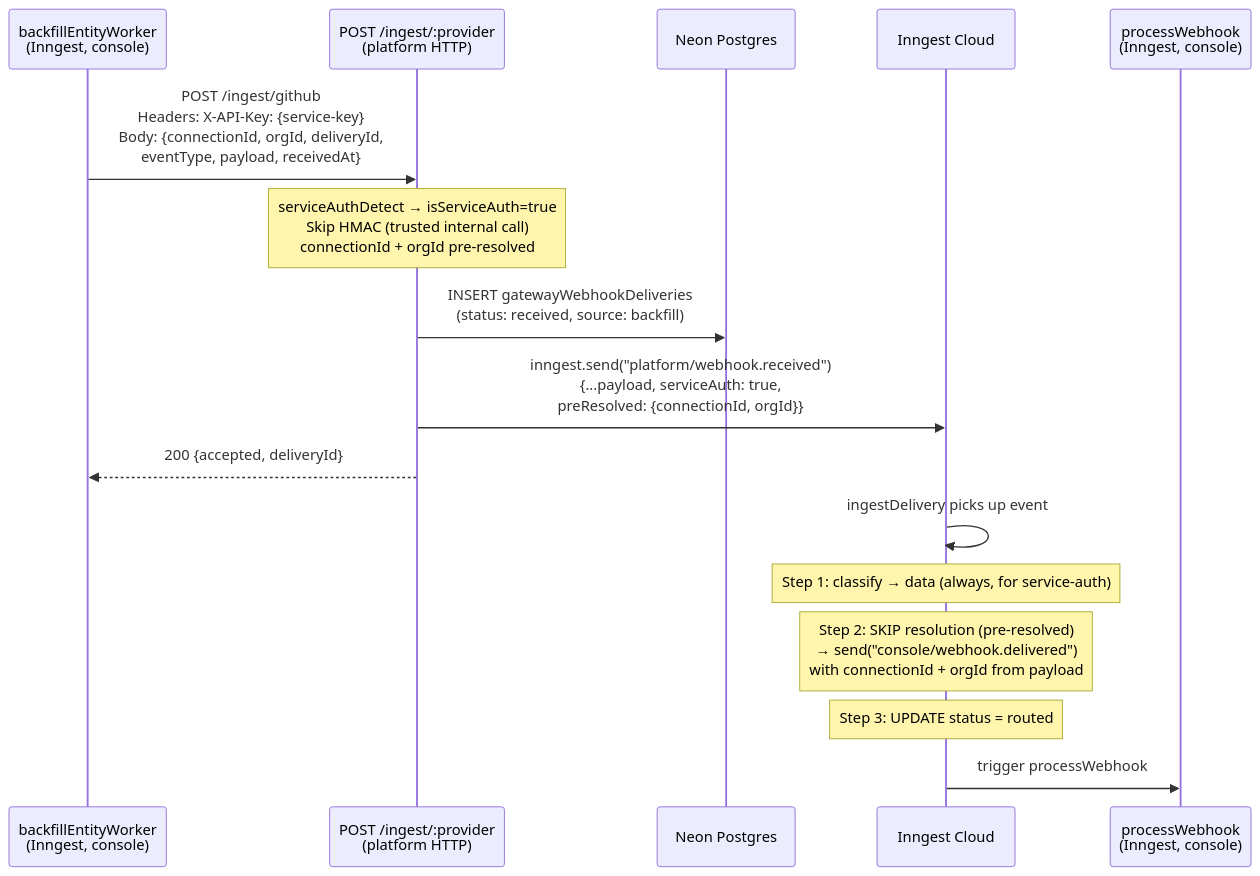
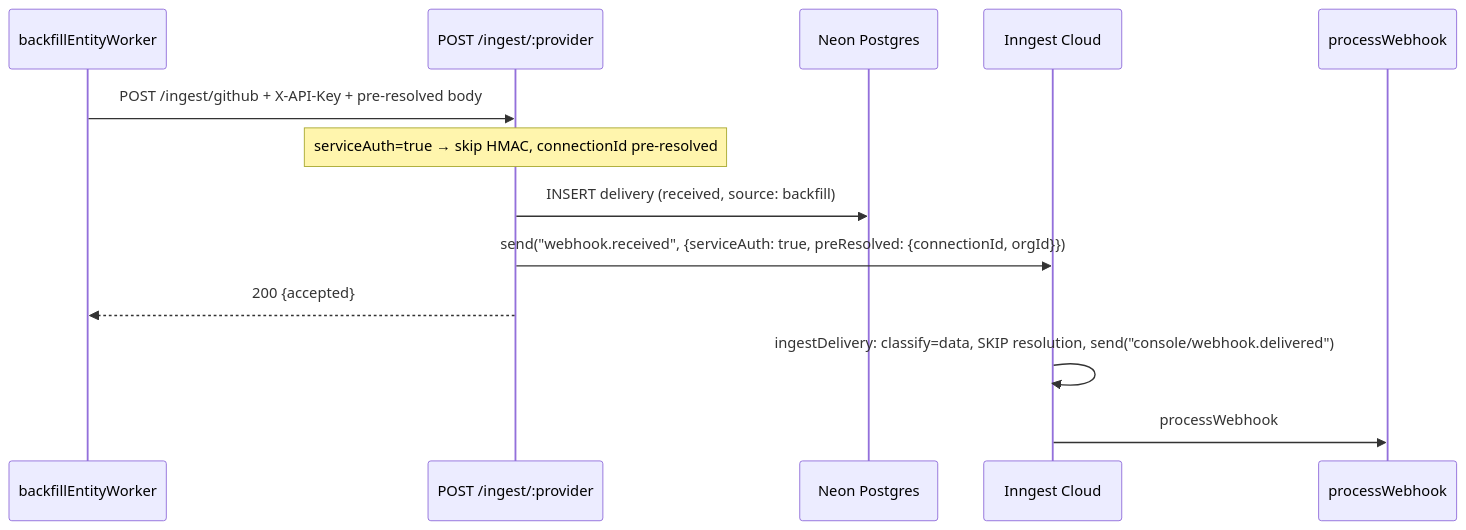
One commit to lightfastai/lightfast changed the seventh of 8 diagrams in thoughts/shared/plans/2026-03-18-platform-architecture-redesign.md. Above: the diagram before and after it, drawn with Mermaid. The commit also changed other lines of this file, not shown here.

First line of the commit message:
docs(thoughts): rework platform architecture plan — gate-first, health-aware, zero-race

````diff
--- a/thoughts/shared/plans/2026-03-18-platform-architecture-redesign.md
+++ b/thoughts/shared/plans/2026-03-18-platform-architecture-redesign.md
@@ -502,26 +601,17 @@
 ```mermaid
 sequenceDiagram
-    participant WORKER as backfillEntityWorker<br/>(Inngest, console)
-    participant PLAT as POST /ingest/:provider<br/>(platform HTTP)
+    participant WORKER as backfillEntityWorker
+    participant PLAT as POST /ingest/:provider
     participant DB as Neon Postgres
     participant INN as Inngest Cloud
-    participant CONSOLE as processWebhook<br/>(Inngest, console)
+    participant CONSOLE as processWebhook
 
-    WORKER->>PLAT: POST /ingest/github<br/>Headers: X-API-Key: {service-key}<br/>Body: {connectionId, orgId, deliveryId,<br/>eventType, payload, receivedAt}
+    WORKER->>PLAT: POST /ingest/github + X-API-Key + pre-resolved body
+    Note over PLAT: serviceAuth=true → skip HMAC, connectionId pre-resolved
+    PLAT->>DB: INSERT delivery (received, source: backfill)
+    PLAT->>INN: send("webhook.received", {serviceAuth: true, preResolved: {connectionId, orgId}})
+    PLAT-->>WORKER: 200 {accepted}
 
-    Note over PLAT: serviceAuthDetect → isServiceAuth=true<br/>Skip HMAC (trusted internal call)<br/>connectionId + orgId pre-resolved
-
-    PLAT->>DB: INSERT gatewayWebhookDeliveries<br/>(status: received, source: backfill)
-
-    PLAT->>INN: inngest.send("platform/webhook.received")<br/>{...payload, serviceAuth: true,<br/>preResolved: {connectionId, orgId}}
-
-    PLAT-->>WORKER: 200 {accepted, deliveryId}
-
-    INN->>INN: ingestDelivery picks up event
-
-    Note over INN: Step 1: classify → data (always, for service-auth)
-    Note over INN: Step 2: SKIP resolution (pre-resolved)<br/>→ send("console/webhook.delivered")<br/>with connectionId + orgId from payload
-    Note over INN: Step 3: UPDATE status = routed
-
-    INN->>CONSOLE: trigger processWebhook
+    INN->>INN: ingestDelivery: classify=data, SKIP resolution, send("console/webhook.delivered")
+    INN->>CONSOLE: processWebhook
 ```
````
